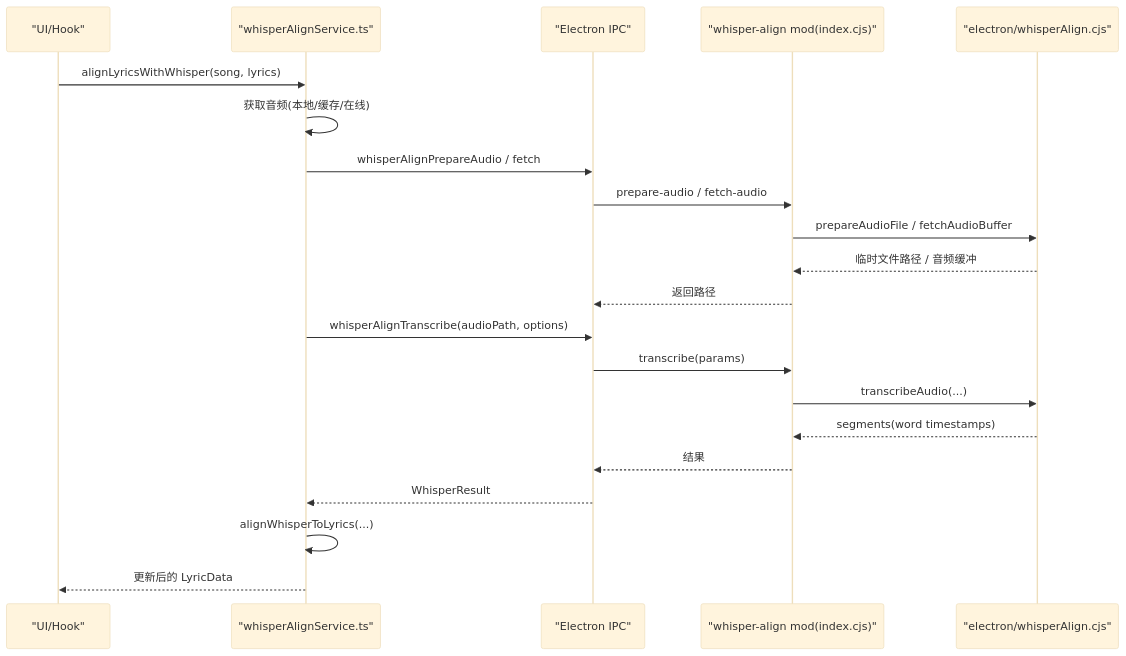
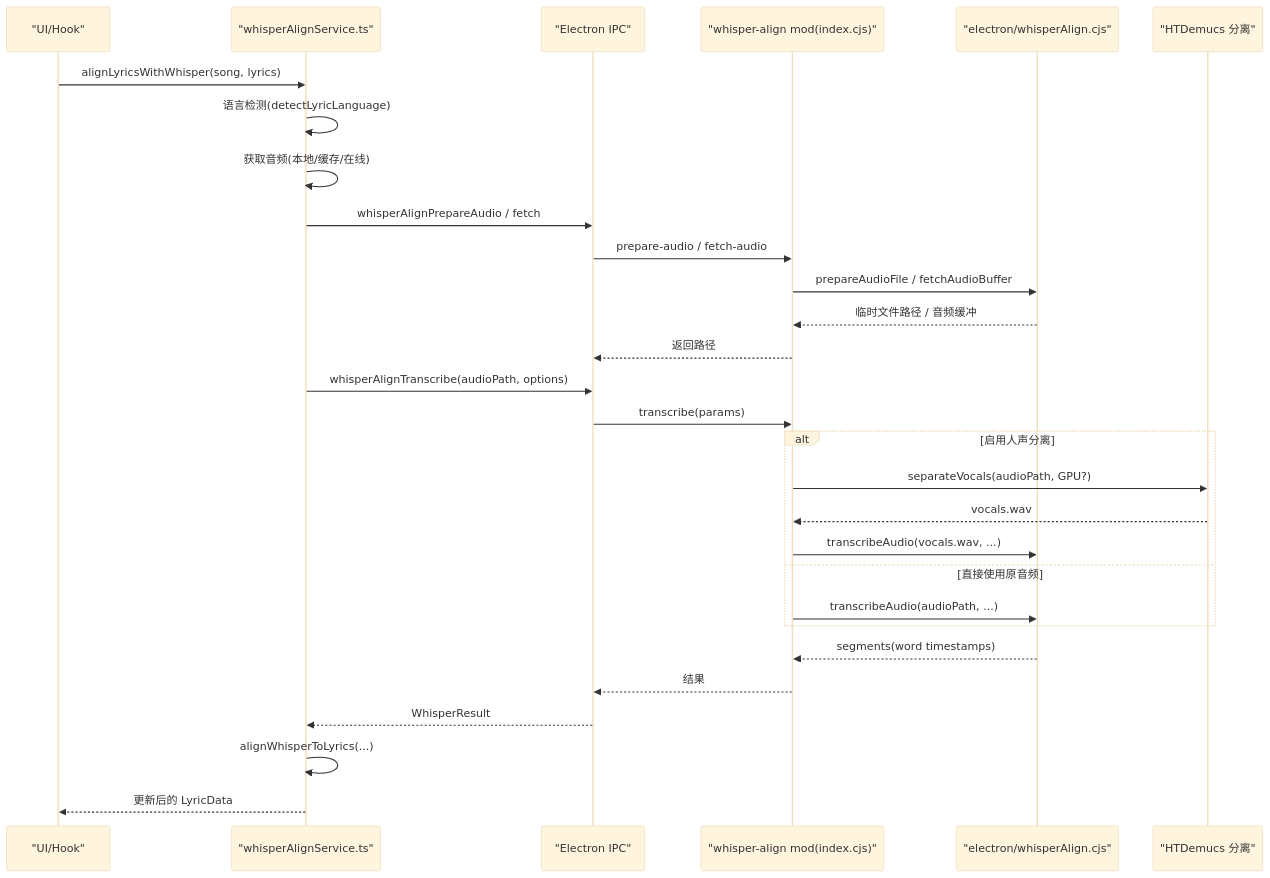
Before and after one commit to nonemarks/folia_player: the fifth of 8 diagrams in .qoder/repowiki/zh/content/模组系统/内置模组详解/内置模组详解.md, drawn with Mermaid (base theme). The commit also changed other lines of this file and 4 other files, not shown here.

````diff
--- a/.qoder/repowiki/zh/content/模组系统/内置模组详解/内置模组详解.md
+++ b/.qoder/repowiki/zh/content/模组系统/内置模组详解/内置模组详解.md
@@ -176,23 +206,31 @@
 ```mermaid
 sequenceDiagram
 participant UI as "UI/Hook"
 participant SVC as "whisperAlignService.ts"
 participant IPC as "Electron IPC"
 participant MOD as "whisper-align mod(index.cjs)"
 participant CORE as "electron/whisperAlign.cjs"
+participant SEPARATION as "HTDemucs 分离"
 UI->>SVC : alignLyricsWithWhisper(song, lyrics)
+SVC->>SVC : 语言检测(detectLyricLanguage)
 SVC->>SVC : 获取音频(本地/缓存/在线)
 SVC->>IPC : whisperAlignPrepareAudio / fetch
 IPC->>MOD : prepare-audio / fetch-audio
 MOD->>CORE : prepareAudioFile / fetchAudioBuffer
 CORE-->>MOD : 临时文件路径 / 音频缓冲
 MOD-->>IPC : 返回路径
 SVC->>IPC : whisperAlignTranscribe(audioPath, options)
 IPC->>MOD : transcribe(params)
-MOD->>CORE : transcribeAudio(...)
+alt 启用人声分离
+MOD->>SEPARATION : separateVocals(audioPath, GPU?)
+SEPARATION-->>MOD : vocals.wav
+MOD->>CORE : transcribeAudio(vocals.wav, ...)
+else 直接使用原音频
+MOD->>CORE : transcribeAudio(audioPath, ...)
+end
 CORE-->>MOD : segments(word timestamps)
 MOD-->>IPC : 结果
 IPC-->>SVC : WhisperResult
 SVC->>SVC : alignWhisperToLyrics(...)
 SVC-->>UI : 更新后的 LyricData
 ```
````
